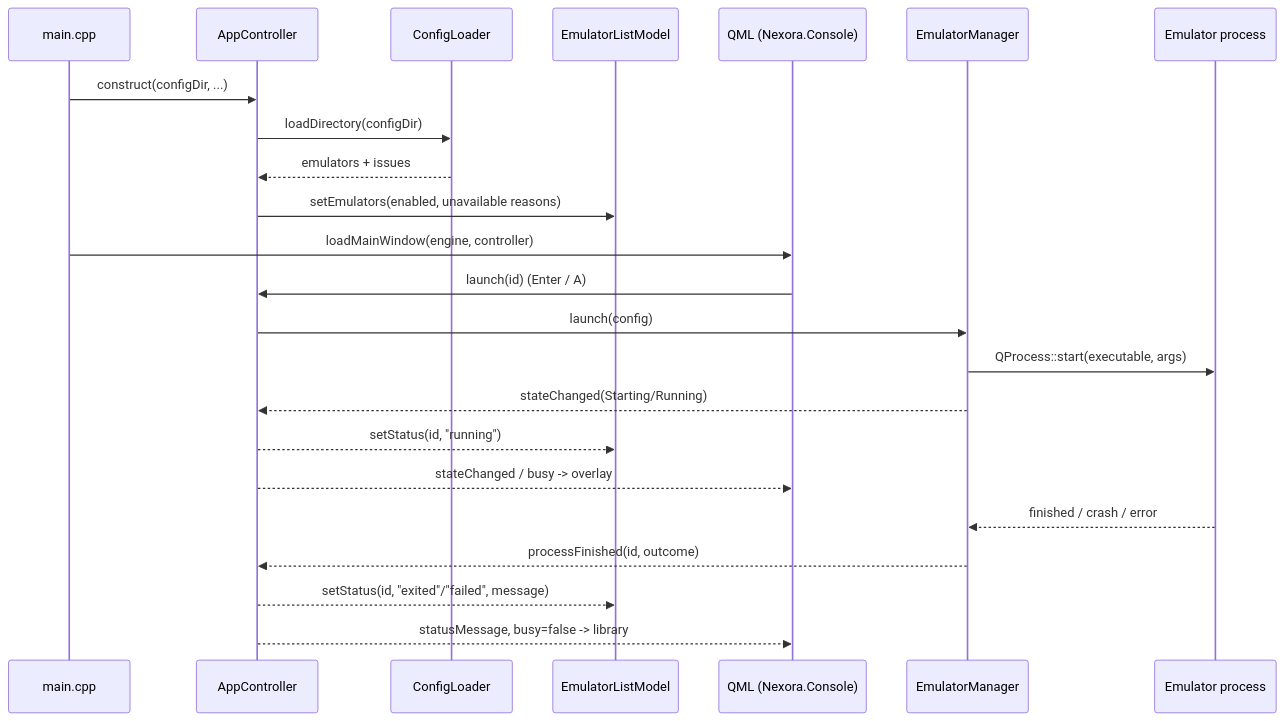
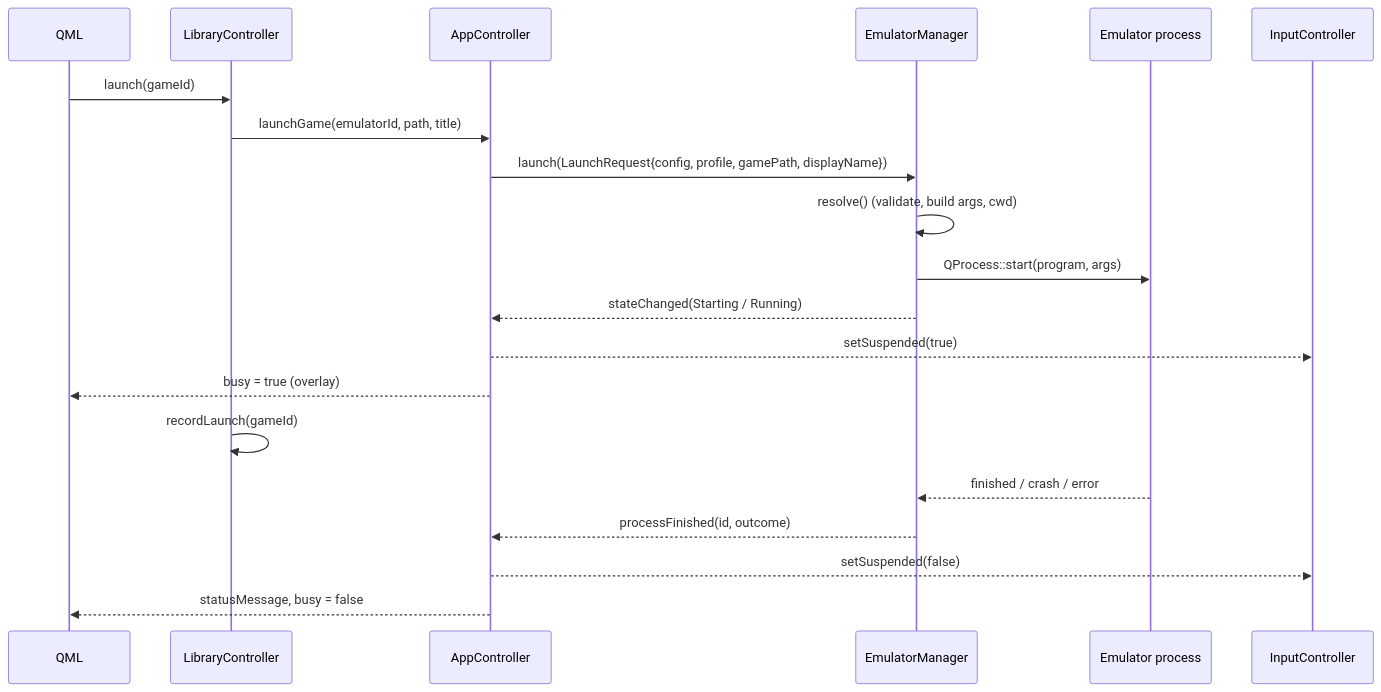
One commit to szebasztianmarton/Nexora-OS changed the third of 6 diagrams in docs/architecture.md. Above: the diagram before and after it, drawn with Mermaid. The commit also changed other lines of this file and 11 other files, not shown here.

First line of the commit message:
README/architecture for MVP 2; remap capture only with a controller backend

````diff
--- a/docs/architecture.md
+++ b/docs/architecture.md
@@ -43,26 +105,23 @@
 ```mermaid
 sequenceDiagram
-    participant Main as main.cpp
+    participant QML
+    participant LC as LibraryController
     participant AC as AppController
-    participant CL as ConfigLoader
-    participant M as EmulatorListModel
-    participant QML as QML (Nexora.Console)
     participant EM as EmulatorManager
     participant P as Emulator process
+    participant IC as InputController
 
-    Main->>AC: construct(configDir, ...)
-    AC->>CL: loadDirectory(configDir)
-    CL-->>AC: emulators + issues
-    AC->>M: setEmulators(enabled, unavailable reasons)
-    Main->>QML: loadMainWindow(engine, controller)
-    QML->>AC: launch(id)  (Enter / A)
-    AC->>EM: launch(config)
-    EM->>P: QProcess::start(executable, args)
-    EM-->>AC: stateChanged(Starting/Running)
-    AC-->>M: setStatus(id, "running")
-    AC-->>QML: stateChanged / busy -> overlay
+    QML->>LC: launch(gameId)
+    LC->>AC: launchGame(emulatorId, path, title)
+    AC->>EM: launch(LaunchRequest{config, profile, gamePath, displayName})
+    EM->>EM: resolve() (validate, build args, cwd)
+    EM->>P: QProcess::start(program, args)
+    EM-->>AC: stateChanged(Starting / Running)
+    AC-->>IC: setSuspended(true)
+    AC-->>QML: busy = true (overlay)
+    LC->>LC: recordLaunch(gameId)
     P-->>EM: finished / crash / error
     EM-->>AC: processFinished(id, outcome)
-    AC-->>M: setStatus(id, "exited"/"failed", message)
-    AC-->>QML: statusMessage, busy=false -> library
+    AC-->>IC: setSuspended(false)
+    AC-->>QML: statusMessage, busy = false
 ```
````
